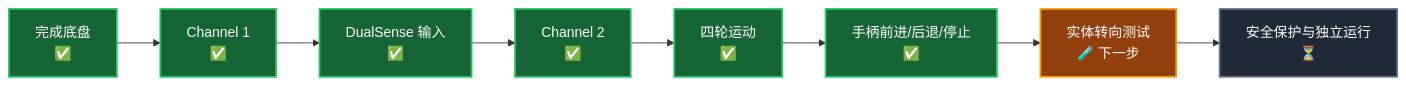
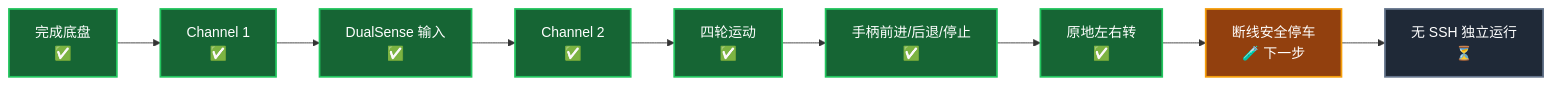
Before and after one commit to AndyChen227/RoverPi: the fourth of 6 diagrams in README.md, drawn with Mermaid. The commit also changed other lines of this file and 21 other files, not shown here.

````diff
--- a/README.md
+++ b/README.md
@@ -410,17 +428,18 @@
 ```mermaid
 flowchart LR
     A["完成底盘<br/>✅"] --> B["Channel 1<br/>✅"]
     B --> C["DualSense 输入<br/>✅"]
     C --> D["Channel 2<br/>✅"]
     D --> E["四轮运动<br/>✅"]
     E --> F["手柄前进/后退/停止<br/>✅"]
-    F --> G["实体转向测试<br/>🧪 下一步"]
-    G --> H["安全保护与独立运行<br/>⏳"]
+    F --> G["原地左右转<br/>✅"]
+    G --> H["断线安全停车<br/>🧪 下一步"]
+    H --> I["无 SSH 独立运行<br/>⏳"]
 
     classDef done fill:#166534,color:#fff,stroke:#22c55e,stroke-width:2px;
     classDef next fill:#92400e,color:#fff,stroke:#f59e0b,stroke-width:2px;
     classDef pending fill:#1f2937,color:#fff,stroke:#64748b,stroke-width:2px;
-    class A,B,C,D,E,F done;
-    class G next;
-    class H pending;
+    class A,B,C,D,E,F,G done;
+    class H next;
+    class I pending;
 ```
````
